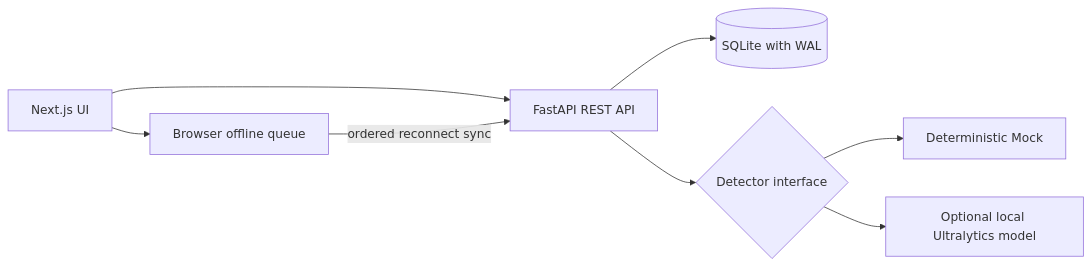
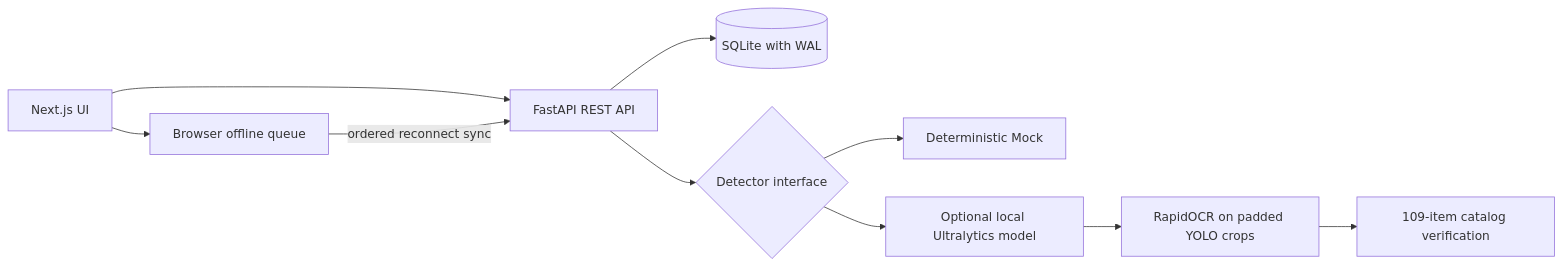
One commit to npz5868b-afk/orbit-ai-petrosains-inventory-system changed the diagram in README.md. Above: the diagram before and after it, drawn with Mermaid. The commit also changed other lines of this file and 3 other files, not shown here.

````diff
--- a/README.md
+++ b/README.md
@@ -7,10 +7,12 @@
 ```mermaid
 flowchart LR
   UI[Next.js UI] --> API[FastAPI REST API]
   UI --> Q[Browser offline queue]
   Q -->|ordered reconnect sync| API
   API --> DB[(SQLite with WAL)]
   API --> D{Detector interface}
   D --> M[Deterministic Mock]
   D --> R[Optional local Ultralytics model]
+  R --> O[RapidOCR on padded YOLO crops]
+  O --> C[109-item catalog verification]
 ```
````
